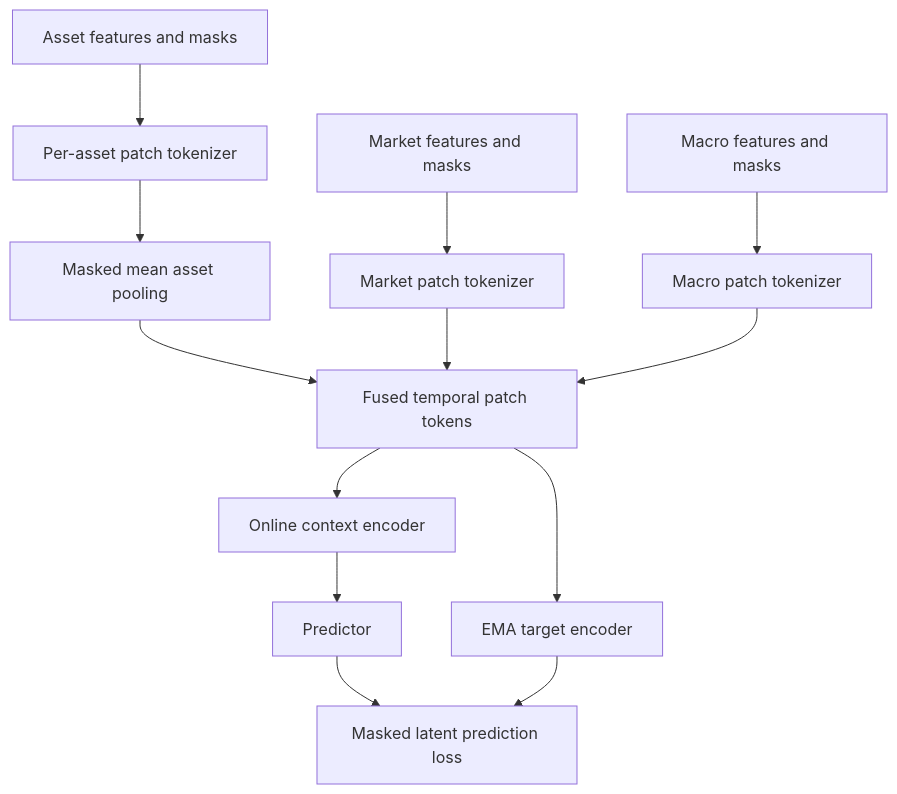
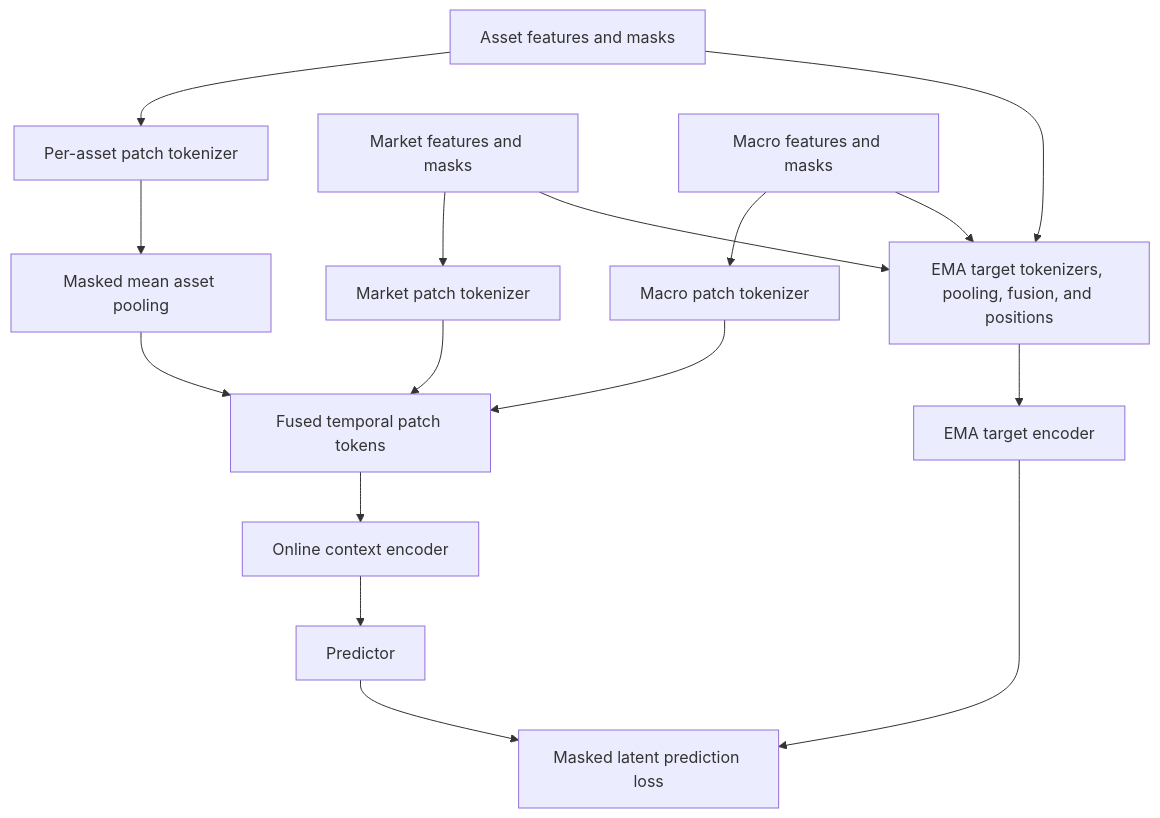
The diagram in README.md (btatum26/FI-JEPA), drawn with Mermaid before and after one commit. The commit also changed other lines of this file and 10 other files, not shown here.

````diff
--- a/README.md
+++ b/README.md
@@ -52,17 +52,20 @@
 ```mermaid
 flowchart TD
     A[Asset features and masks] --> AT[Per-asset patch tokenizer]
     M[Market features and masks] --> MT[Market patch tokenizer]
     X[Macro features and masks] --> XT[Macro patch tokenizer]
 
     AT --> AP[Masked mean asset pooling]
     AP --> FU[Fused temporal patch tokens]
     MT --> FU
     XT --> FU
 
     FU --> ON[Online context encoder]
-    FU --> EMA[EMA target encoder]
+    A --> ETF[EMA target tokenizers, pooling, fusion, and positions]
+    M --> ETF
+    X --> ETF
+    ETF --> EMA[EMA target encoder]
     ON --> PR[Predictor]
     PR --> LOSS[Masked latent prediction loss]
     EMA --> LOSS
 ```
````
